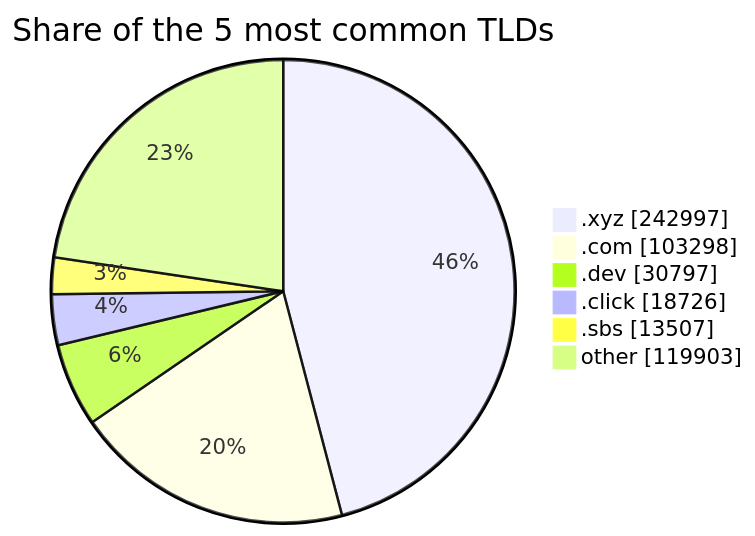
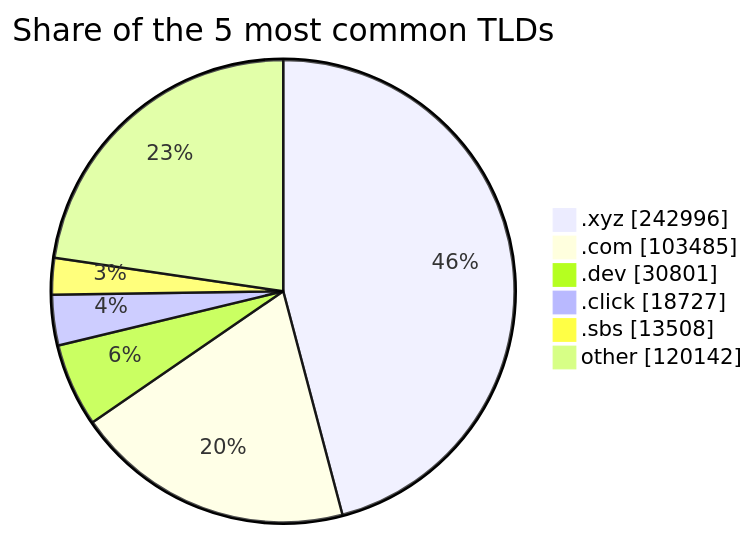
Before and after one commit to DNSBunker/CTI: the third of 3 diagrams in README.md, drawn with Mermaid. The commit also changed other lines of this file and 3 other files, not shown here.

````diff
--- a/README.md
+++ b/README.md
@@ -81,9 +81,9 @@
 ```mermaid
 pie showData title Share of the 5 most common TLDs
-    ".xyz" : 242997
-    ".com" : 103298
-    ".dev" : 30797
-    ".click" : 18726
-    ".sbs" : 13507
-    "other" : 119903
+    ".xyz" : 242996
+    ".com" : 103485
+    ".dev" : 30801
+    ".click" : 18727
+    ".sbs" : 13508
+    "other" : 120142
 ```
````
